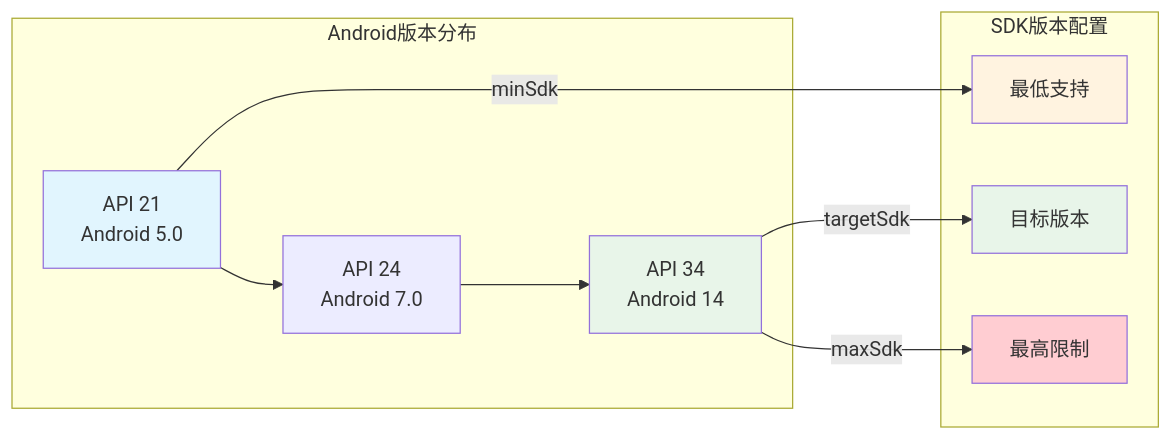
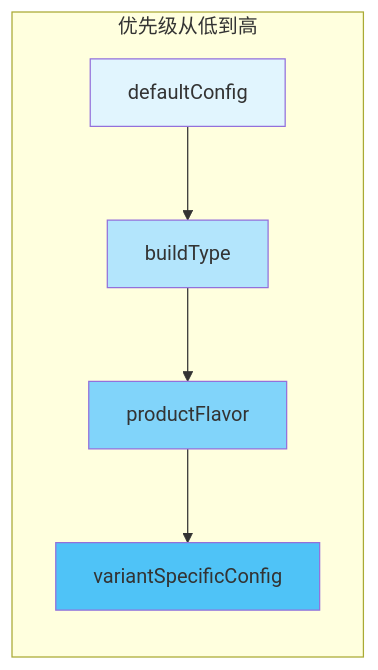
One commit to Carrie-L/carrie-l.github.io changed the second of 2 diagrams in AndroidDeveloperGuideStory/Contents/vol21/21.1.83 应用程序变体尺寸.md. Above: the diagram before and after it, drawn with Mermaid. The commit also changed other lines of this file, not shown here.

Commit message:
feat(chapter-21.1.83): ApplicationVariantDimension variant dimension configuration

````diff
--- a/AndroidDeveloperGuideStory/Contents/vol21/21.1.83 应用程序变体尺寸.md
+++ b/AndroidDeveloperGuideStory/Contents/vol21/21.1.83 应用程序变体尺寸.md
@@ -255,19 +280,13 @@
 ```mermaid
 flowchart LR
-    subgraph Android版本分布
-    A[API 21<br/>Android 5.0] --> B[API 24<br/>Android 7.0]
-    B --> C[API 34<br/>Android 14]
-    end
-    
-    subgraph SDK版本配置
-    A -->|minSdk| D[最低支持]
-    C -->|targetSdk| E[目标版本]
-    C -->|maxSdk| F[最高限制]
+    subgraph 优先级从低到高
+    A[defaultConfig] --> B[buildType]
+    B --> C[productFlavor]
+    C --> D[variantSpecificConfig]
     end
     
     style A fill:#e1f5fe
-    style C fill:#e8f5e9
-    style D fill:#fff3e0
-    style E fill:#e8f5e9
-    style F fill:#ffcdd2
+    style B fill:#b3e5fc
+    style C fill:#81d4fa
+    style D fill:#4fc3f7
 ```
````
